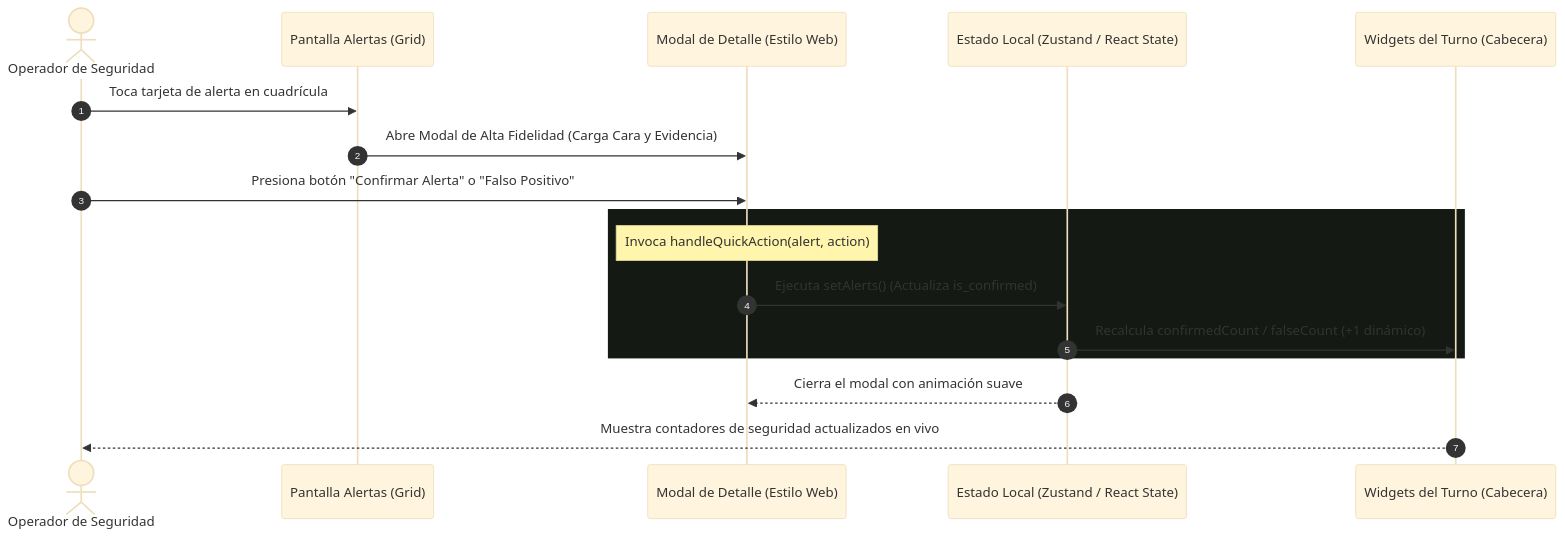
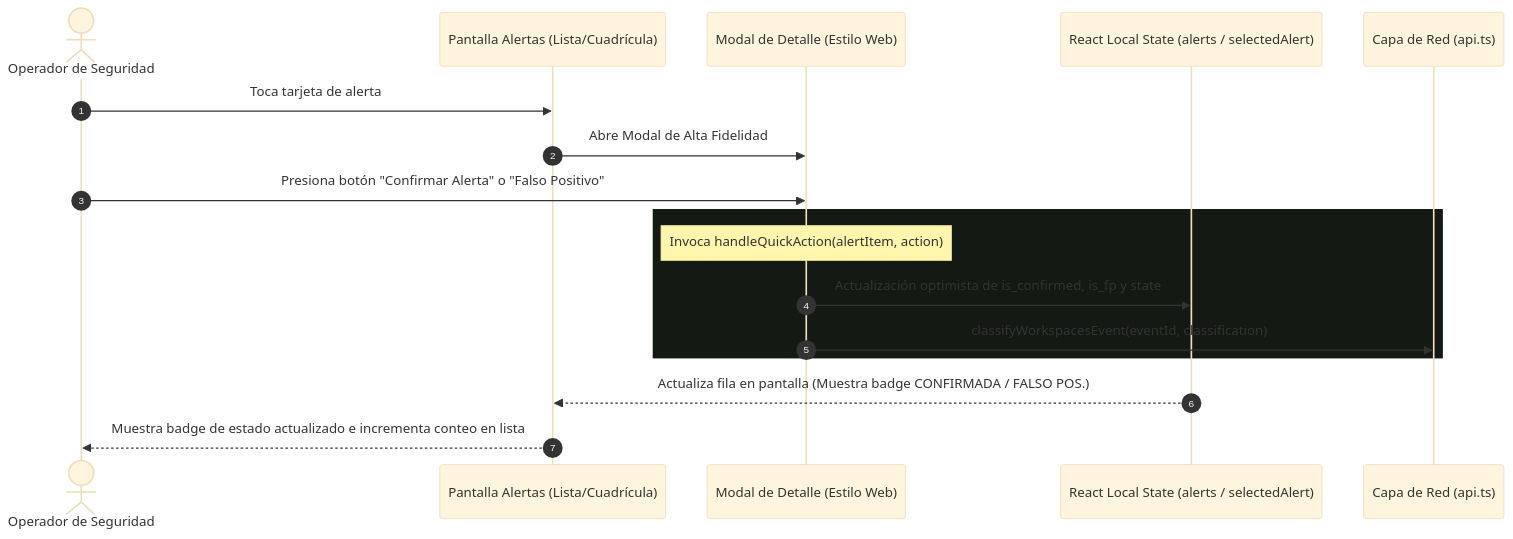
Before and after one commit to soportesivi-cpu/App_sivi: the fourth of 4 diagrams in docs/infraestructura/03_flujos_y_secuencias.md, drawn with Mermaid (base theme). The commit also changed other lines of this file and 13 other files, not shown here.

````diff
--- a/docs/infraestructura/03_flujos_y_secuencias.md
+++ b/docs/infraestructura/03_flujos_y_secuencias.md
@@ -101,22 +102,22 @@
 ```mermaid
 sequenceDiagram
     autonumber
     actor Operador as Operador de Seguridad
-    participant UI as Pantalla Alertas (Grid)
+    participant UI as Pantalla Alertas (Lista/Cuadrícula)
     participant Modal as Modal de Detalle (Estilo Web)
-    participant State as Estado Local (Zustand / React State)
-    participant Top as Widgets del Turno (Cabecera)
+    participant State as React Local State (alerts / selectedAlert)
+    participant API as Capa de Red (api.ts)
 
-    Operador->>UI: Toca tarjeta de alerta en cuadrícula
-    UI->>Modal: Abre Modal de Alta Fidelidad (Carga Cara y Evidencia)
+    Operador->>UI: Toca tarjeta de alerta
+    UI->>Modal: Abre Modal de Alta Fidelidad
     Operador->>Modal: Presiona botón "Confirmar Alerta" o "Falso Positivo"
     
     rect rgb(20, 25, 20)
-        Note over Modal: Invoca handleQuickAction(alert, action)
-        Modal->>State: Ejecuta setAlerts() (Actualiza is_confirmed)
-        State->>Top: Recalcula confirmedCount / falseCount (+1 dinámico)
+        Note over Modal: Invoca handleQuickAction(alertItem, action)
+        Modal->>State: Actualización optimista de is_confirmed, is_fp y state
+        Modal->>API: classifyWorkspacesEvent(eventId, classification)
     end
     
-    State-->>Modal: Cierra el modal con animación suave
-    Top-->>Operador: Muestra contadores de seguridad actualizados en vivo
+    State-->>UI: Actualiza fila en pantalla (Muestra badge CONFIRMADA / FALSO POS.)
+    UI-->>Operador: Muestra badge de estado actualizado e incrementa conteo en lista
 ```
````
